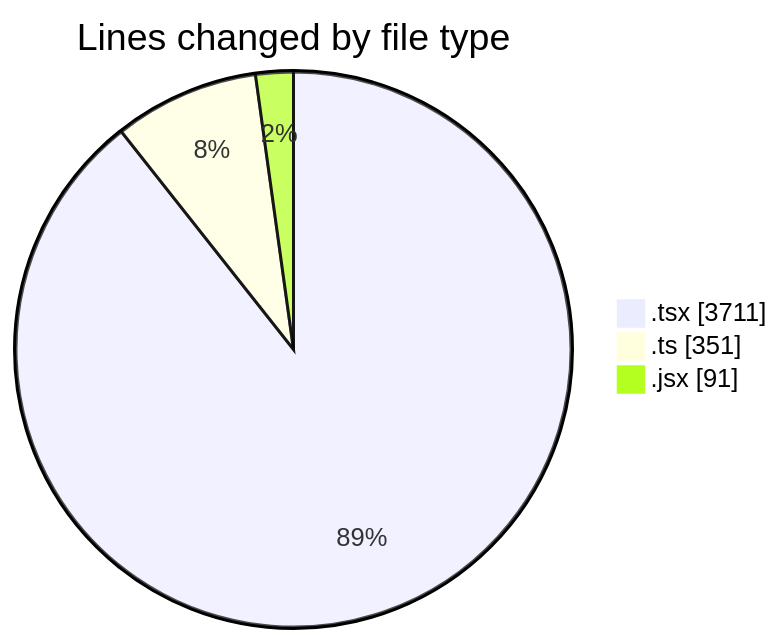
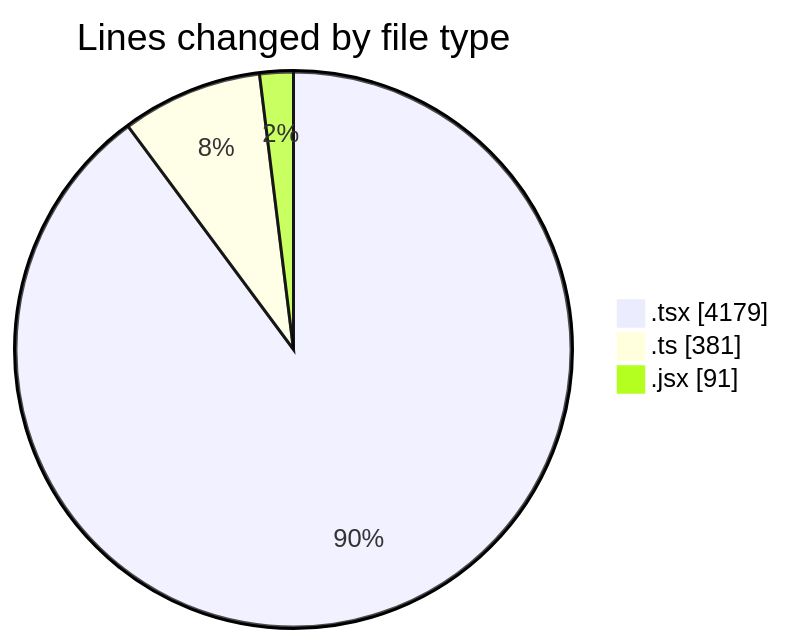
The first of 2 diagrams in 2026-04-27/cda/README.md (momahboobian/code-tracking), drawn with Mermaid before and after one commit. The commit also changed other lines of this file and 1 other file, not shown here.

````diff
--- a/2026-04-27/cda/README.md
+++ b/2026-04-27/cda/README.md
@@ -35,7 +38,7 @@
 ```mermaid
 pie showData
 title Lines changed by file type
-".tsx" : 3711
-".ts" : 351
+".tsx" : 4179
+".ts" : 381
 ".jsx" : 91
 ```
````
